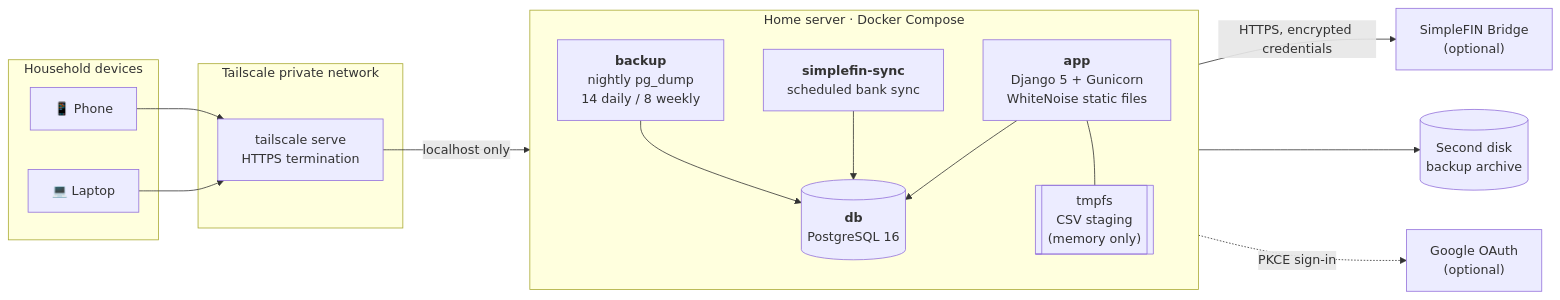
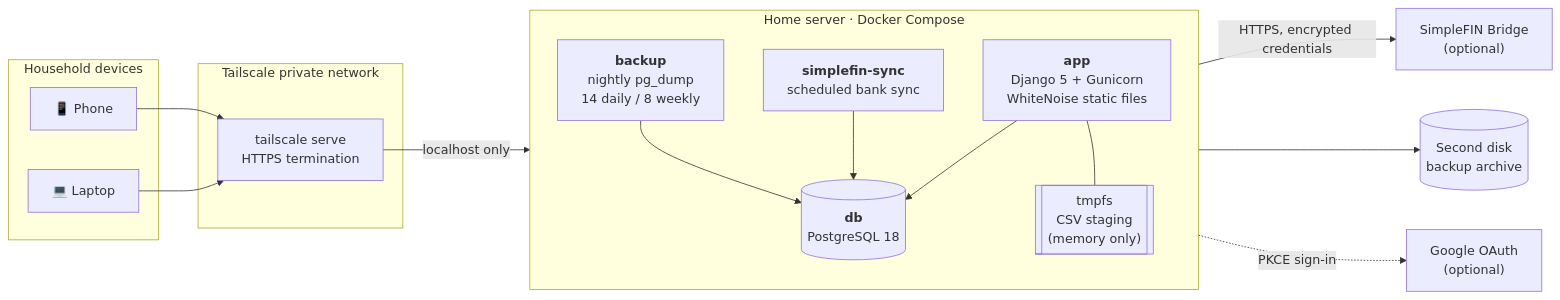
One commit to dflippojr/financial-planner changed the second of 6 diagrams in README.md. Above: the diagram before and after it, drawn with Mermaid. The commit also changed other lines of this file and 7 other files, not shown here.

First line of the commit message:
Upgrade PostgreSQL 16 to 18 with a tested dump-and-restore runbook

````diff
--- a/README.md
+++ b/README.md
@@ -86,35 +86,35 @@
 ```mermaid
 flowchart LR
     subgraph Devices["Household devices"]
         Phone["📱 Phone"]
         Laptop["💻 Laptop"]
     end
 
     subgraph Tailnet["Tailscale private network"]
         Serve["tailscale serve<br/>HTTPS termination"]
     end
 
     subgraph Host["Home server · Docker Compose"]
         direction TB
         App["<b>app</b><br/>Django 5 + Gunicorn<br/>WhiteNoise static files"]
         Sync["<b>simplefin-sync</b><br/>scheduled bank sync"]
         Backup["<b>backup</b><br/>nightly pg_dump<br/>14 daily / 8 weekly"]
-        DB[("<b>db</b><br/>PostgreSQL 16")]
+        DB[("<b>db</b><br/>PostgreSQL 18")]
         Tmp[["tmpfs<br/>CSV staging<br/>(memory only)"]]
     end
 
     Disk[("Second disk<br/>backup archive")]
     SimpleFIN["SimpleFIN Bridge<br/>(optional)"]
     Google["Google OAuth<br/>(optional)"]
 
     Phone --> Serve
     Laptop --> Serve
     Serve -->|"localhost only"| App
     App --> DB
     App --- Tmp
     Sync --> DB
     Sync -->|"HTTPS, encrypted credentials"| SimpleFIN
     Backup --> DB
     Backup --> Disk
     App -.->|"PKCE sign-in"| Google
 ```
````
